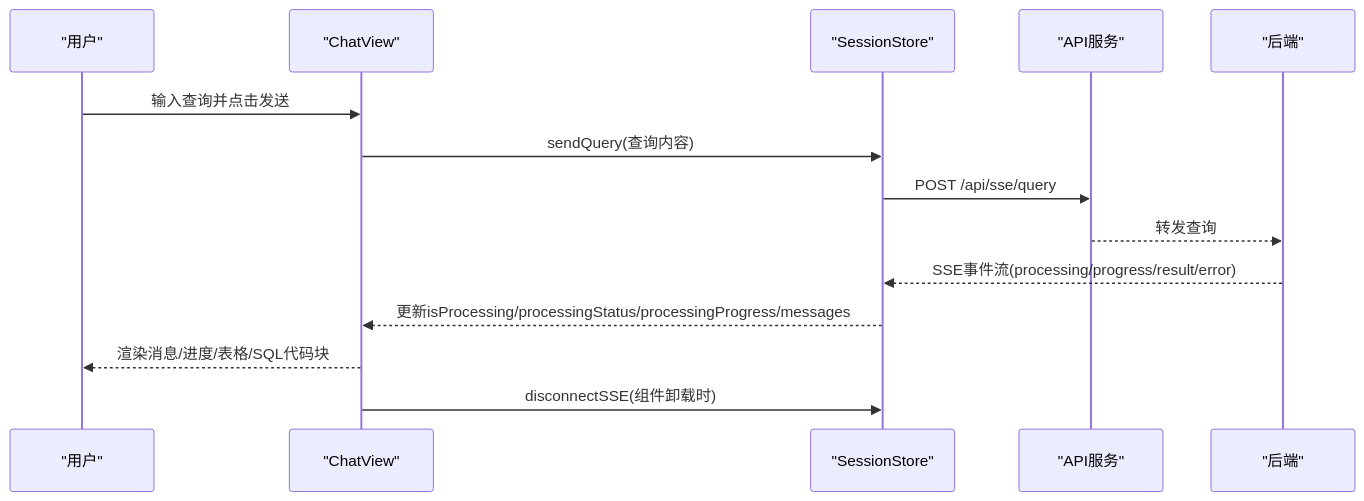
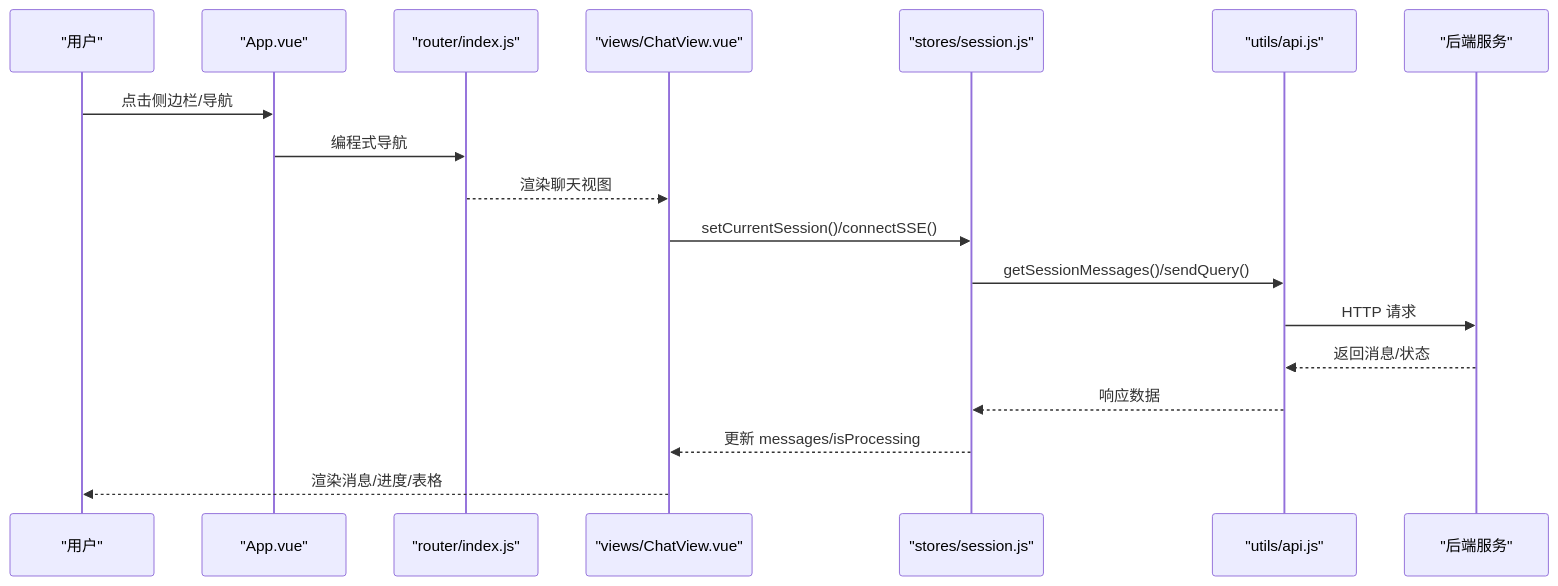
One commit to HanHuiOnLine/724-office changed the second of 6 diagrams in NL2SQL/.qoder/repowiki/zh/content/前端应用/前端应用.md. Above: the diagram before and after it, drawn with Mermaid. The commit also changed other lines of this file and 200 other files, not shown here.

````diff
--- a/NL2SQL/.qoder/repowiki/zh/content/前端应用/前端应用.md
+++ b/NL2SQL/.qoder/repowiki/zh/content/前端应用/前端应用.md
@@ -184,16 +149,20 @@
 ```mermaid
 sequenceDiagram
 participant U as "用户"
-participant CV as "ChatView"
-participant SS as "SessionStore"
-participant API as "API服务"
-participant BE as "后端"
-U->>CV : 输入查询并点击发送
-CV->>SS : sendQuery(查询内容)
-SS->>API : POST /api/sse/query
-API-->>BE : 转发查询
-BE-->>SS : SSE事件流(processing/progress/result/error)
-SS-->>CV : 更新isProcessing/processingStatus/processingProgress/messages
-CV-->>U : 渲染消息/进度/表格/SQL代码块
-CV->>SS : disconnectSSE(组件卸载时)
+participant AV as "App.vue"
+participant RV as "router/index.js"
+participant CV as "views/ChatView.vue"
+participant SS as "stores/session.js"
+participant API as "utils/api.js"
+participant BE as "后端服务"
+U->>AV : 点击侧边栏/导航
+AV->>RV : 编程式导航
+RV-->>CV : 渲染聊天视图
+CV->>SS : setCurrentSession()/connectSSE()
+SS->>API : getSessionMessages()/sendQuery()
+API->>BE : HTTP 请求
+BE-->>API : 返回消息/状态
+API-->>SS : 响应数据
+SS-->>CV : 更新 messages/isProcessing
+CV-->>U : 渲染消息/进度/表格
 ```
````
